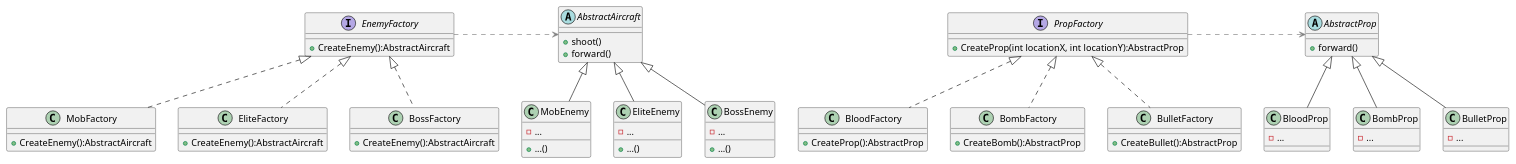
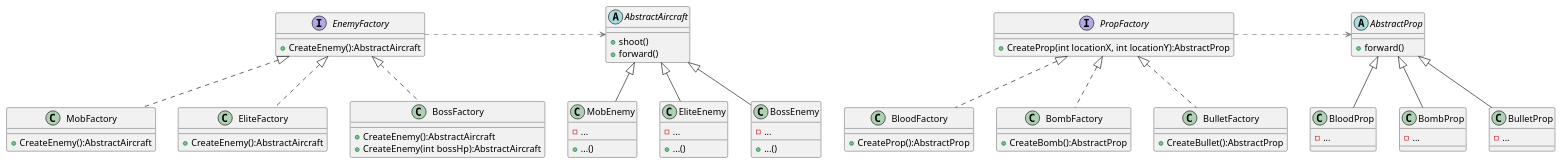
The diagram in uml/Factory.puml (huang-feiyu/AircraftWar-lab), drawn with PlantUML before and after one commit. The commit also changed 19 other files, not shown here.

```diff
--- a/uml/Factory.puml
+++ b/uml/Factory.puml
@@ -1,85 +1,86 @@
 @startuml
 
 abstract class AbstractAircraft {
     + shoot()
     + forward()
 }
 
 interface EnemyFactory {
     + CreateEnemy():AbstractAircraft
 }
 
 class MobFactory {
     + CreateEnemy():AbstractAircraft
 }
 
 class EliteFactory {
     + CreateEnemy():AbstractAircraft
 }
 
 class BossFactory {
     + CreateEnemy():AbstractAircraft
+    + CreateEnemy(int bossHp):AbstractAircraft
 }
 
 class MobEnemy {
     - ...
     + ...()
 }
 
 class EliteEnemy {
     - ...
     + ...()
 }
 
 class BossEnemy {
     - ...
     + ...()
 }
 EnemyFactory .> AbstractAircraft #line:grey;line.bold;line.dashed
 AbstractAircraft <|-- MobEnemy
 AbstractAircraft <|-- EliteEnemy
 AbstractAircraft <|-- BossEnemy
 EnemyFactory <|.. MobFactory
 EnemyFactory <|.. EliteFactory
 EnemyFactory <|.. BossFactory
 
 abstract class AbstractProp {
     + forward()
 }
 
 interface PropFactory {
     + CreateProp(int locationX, int locationY):AbstractProp
 }
 
 class BloodFactory {
     + CreateProp():AbstractProp
 }
 
 class BombFactory {
     + CreateBomb():AbstractProp
 }
 
 class BulletFactory {
     + CreateBullet():AbstractProp
 }
 
 class BloodProp {
     - ...
 }
 
 class BombProp {
     - ...
 }
 
 class BulletProp {
     - ...
 }
 PropFactory .> AbstractProp #line:grey;line.bold;line.dashed
 AbstractProp <|-- BloodProp
 AbstractProp <|-- BombProp
 AbstractProp <|-- BulletProp
 PropFactory <|.. BloodFactory
 PropFactory <|.. BombFactory
 PropFactory <|.. BulletFactory
 
 @enduml
```
